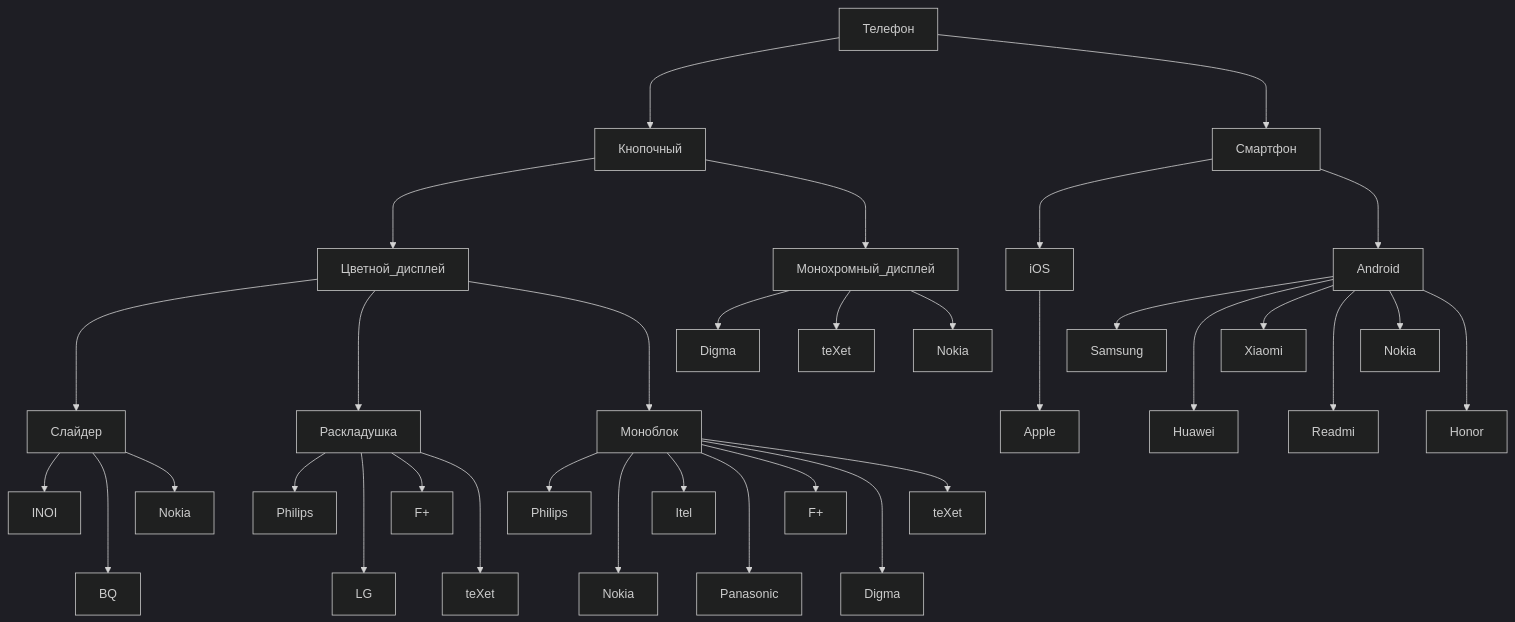
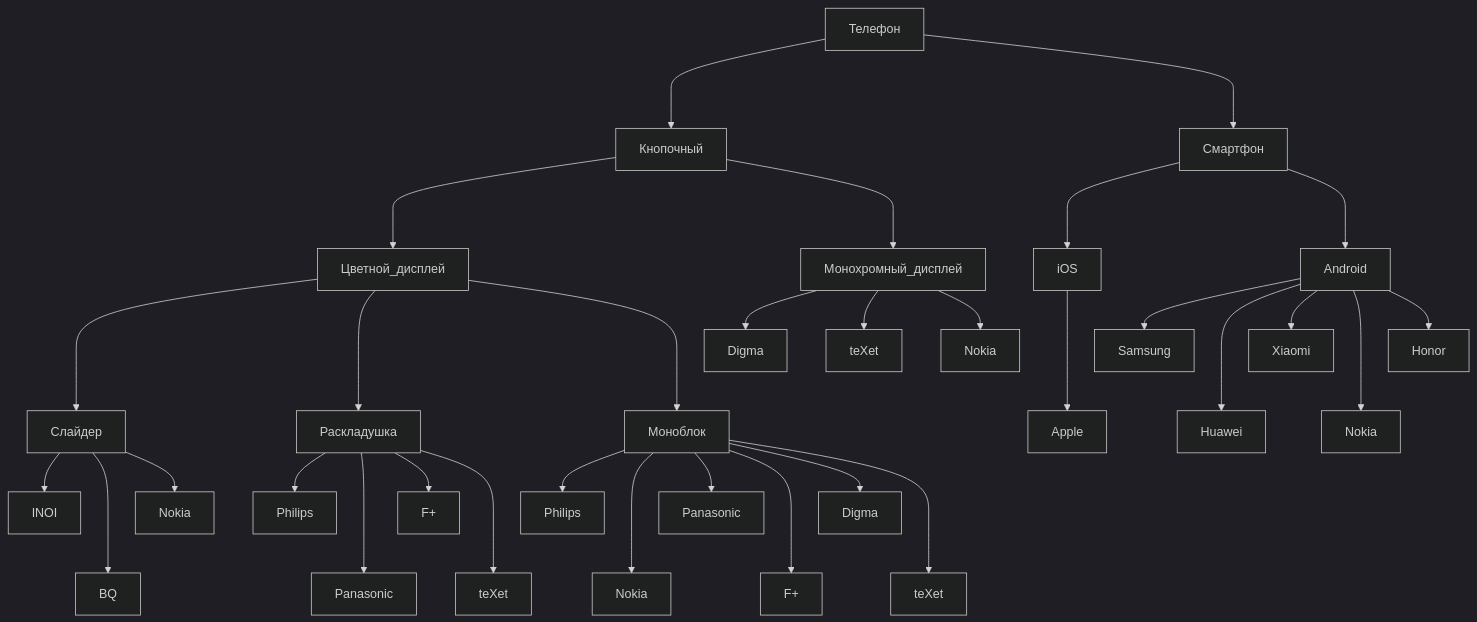
Before and after one commit to Bryanskaya/AISystems: the diagram in lab_01/tree.md, drawn with Mermaid (dark theme). The commit also changed 1 other file, not shown here.

Commit message:
Add: dataset version 1.0.0

````diff
--- a/lab_01/tree.md
+++ b/lab_01/tree.md
@@ -1,45 +1,43 @@
 ```mermaid
 flowchart TD
 Телефон ---> Кнопочный
 Телефон ---> Смартфон
 
 Кнопочный ---> Цветной_дисплей
 Кнопочный ---> Монохромный_дисплей
 
 Монохромный_дисплей --> monoh_digma[Digma]
 Монохромный_дисплей --> monoh_teXet[teXet]
 Монохромный_дисплей --> monoh_nokia[Nokia]
 
 Цветной_дисплей ---> Слайдер
 Цветной_дисплей ---> Раскладушка
 Цветной_дисплей ---> Моноблок
 
 Слайдер --> slider_inoi[INOI]
 Слайдер ---> slider_bq[BQ]
 Слайдер --> slider_nokia[Nokia]
 
 Раскладушка --> clam_philips[Philips]
-Раскладушка ---> clam_lg[LG]
+Раскладушка ---> clam_panasonic[Panasonic]
 Раскладушка --> clam_f_plus[F+]
 Раскладушка ---> clam_texet[teXet]
 
 Моноблок --> monon_philips[Philips]
 Моноблок ---> mono_nokia[Nokia]
-Моноблок --> mono_itel[Itel]
-Моноблок ---> mono_panasonic[Panasonic]
-Моноблок --> mono_f_plus[F+]
-Моноблок ---> mono_digma[Digma]
-Моноблок --> mono_texet[teXet]
+Моноблок --> mono_panasonic[Panasonic]
+Моноблок ---> mono_f_plus[F+]
+Моноблок --> mono_digma[Digma]
+Моноблок ---> mono_texet[teXet]
 
 Смартфон ---> iOS
 Смартфон ---> Android
 
 iOS ---> Apple
 
 Android --> Samsung
 Android ---> Huawei
 Android --> Xiaomi
-Android ---> Readmi
-Android --> Nokia
-Android ---> Honor
+Android ---> Nokia
+Android --> Honor
 ```
````
